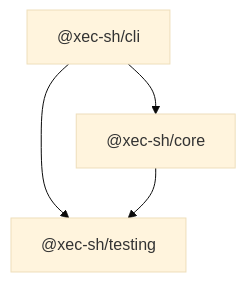
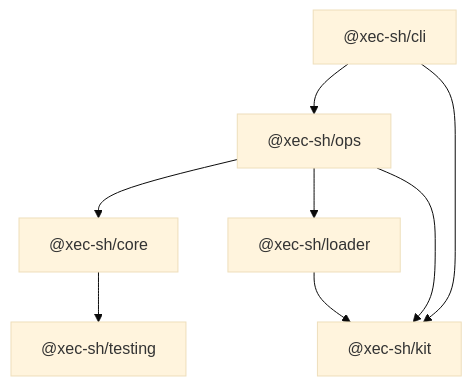
The first of 6 diagrams in website/docs/introduction/architecture.md (xec-sh/xec), drawn with Mermaid (base theme) before and after one commit. The commit also changed other lines of this file and 9 other files, not shown here.

First line of the commit message:
docs: comprehensive documentation update for new architecture

````diff
--- a/website/docs/introduction/architecture.md
+++ b/website/docs/introduction/architecture.md
@@ -35,6 +37,10 @@
 ```mermaid
 graph TD
-    CLI["@xec-sh/cli"] --> CORE["@xec-sh/core"]
-    CLI --> TEST["@xec-sh/testing"]
-    CORE --> TEST
+    CLI["@xec-sh/cli"] --> OPS["@xec-sh/ops"]
+    CLI --> KIT["@xec-sh/kit"]
+    OPS --> CORE["@xec-sh/core"]
+    OPS --> LOADER["@xec-sh/loader"]
+    OPS --> KIT
+    LOADER --> KIT
+    CORE --> TEST["@xec-sh/testing"]
 ```
````
